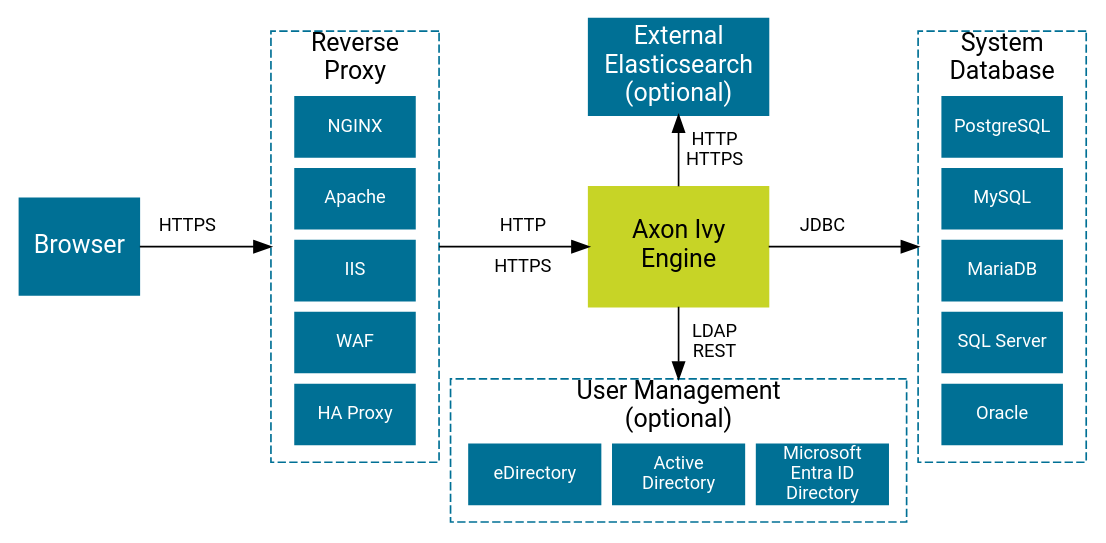
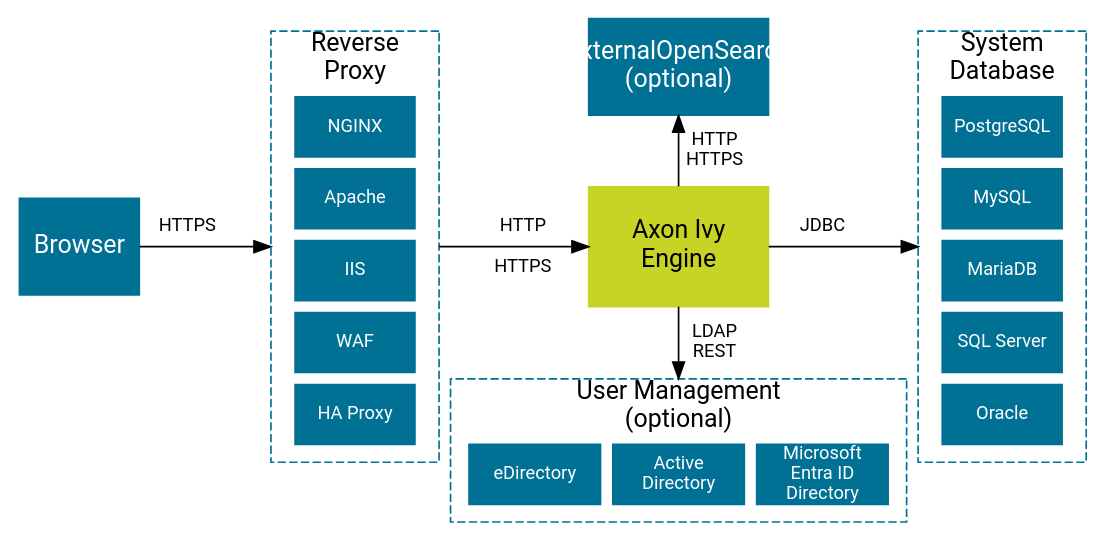
One commit to bernhardAxonIvy/doc changed the diagram in source/engine-guide/integration/overview.dot. Above: the diagram before and after it, drawn with Graphviz. The commit also changed 20 other files, not shown here.

```diff
--- a/source/engine-guide/integration/overview.dot
+++ b/source/engine-guide/integration/overview.dot
@@ -1,48 +1,48 @@
 digraph overview {
   layout=neato;
   
   node [shape=box, height="0.8", width="2", color="#007095", style=filled, fixedsize="true", margin=0, 
         fontname="Roboto,Helvetica Neue,Arial,sans-serif", fontcolor="white", fontsize=15
        ]; 
   
   /* nodes */
   browser         [ label="Browser",                           pos="0.4,2.5!", width="1"];
 
   reverseProxy    [label="Reverse\nProxy",                     pos="2.7,2.5!", height="3.6", width="1.4", style="dashed", fontcolor="black", labelloc="t"];
   frontendNginx   [label="NGINX",                              pos="2.7,3.5!", height="0.5", width="1.0", fontsize=11];
   frontendApache  [label="Apache",                             pos="2.7,2.9!", height="0.5", width="1.0", fontsize=11];
   frontendIIS     [label="IIS",                                pos="2.7,2.3!", height="0.5", width="1.0", fontsize=11];
   frontendWAF     [label="WAF",                                pos="2.7,1.7!", height="0.5", width="1.0", fontsize=11];
   frontendHA      [label="HA Proxy",                           pos="2.7,1.1!", height="0.5", width="1.0", fontsize=11];
  
   engine          [label="Axon Ivy\nEngine",                   pos="5.4,2.5!", height="1.0", width="1.5", color="#C7D426", fontcolor="black"];
   
   userManagement  [label="User Management\n(optional)",        pos="5.4,0.8!", height="1.2", width="3.8" style="dashed" fontcolor="black" labelloc="t"];
   eDirectory      [label="eDirectory",                         pos="4.2,0.6!", height="0.5", width="1.1", fontsize=11];
   activeDirectory [label="Active\nDirectory",                  pos="5.4,0.6!", height="0.5", width="1.1", fontsize=11];
   entraID         [label="Microsoft\nEntra ID\nDirectory",     pos="6.6,0.6!", height="0.5", width="1.1", fontsize=11];
 
   systemdb        [label="System\nDatabase",                   pos="8.1,2.5!", height="3.6", width="1.4", style="dashed" fontcolor="black" labelloc="t"]
   postgres        [label="PostgreSQL",                         pos="8.1,3.5!", height="0.5", width="1.0", fontsize=11]
   mysql           [label="MySQL",                              pos="8.1,2.9!", height="0.5", width="1.0", fontsize=11]
   mariadb         [label="MariaDB",                            pos="8.1,2.3!", height="0.5", width="1.0", fontsize=11]
   mssql           [label="SQL Server",                         pos="8.1,1.7!", height="0.5", width="1.0", fontsize=11]
   oracle          [label="Oracle",                             pos="8.1,1.1!", height="0.5", width="1.0", fontsize=11]
 
-  elasticsearch [ label="External\nElasticsearch\n(optional)", pos="5.4,4.0!", height="0.8" width="1.5"]
+  opensearch [ label="External\OpenSearch\n(optional)", pos="5.4,4.0!", height="0.8" width="1.5"]
 
   /* edges */
   browser -> reverseProxy;
   reverseProxy -> engine;
   engine -> userManagement;
   engine -> systemdb;
-  engine -> elasticsearch;
+  engine -> opensearch;
 
    /* edge labels */  
   browser_reverseProxy [ label="HTTPS\n \n ",  pos = "1.3,2.5!", shape=none, fillcolor=none, fontcolor=black, fontsize=11];
   reverseProxy_engine [ label="HTTP\n\nHTTPS", pos = "4.1,2.5!", shape=none, fillcolor=none, fontcolor=black, fontsize=11];
   engine_userManagement [ label="LDAP\nREST",  pos = "5.7,1.7!", shape=none, fillcolor=none, fontcolor=black, fontsize=11];
   engine_systemdb [ label="JDBC\n \n ",        pos = "6.6,2.5!", shape=none, fillcolor=none, fontcolor=black, fontsize=11];
-  engine_elasticsearch [label="HTTP\nHTTPS",   pos = "5.7,3.3!", shape=none, fillcolor=none, fontcolor=black, fontsize=11];
+  engine_opensearch [label="HTTP\nHTTPS",   pos = "5.7,3.3!", shape=none, fillcolor=none, fontcolor=black, fontsize=11];
   
 }
```
